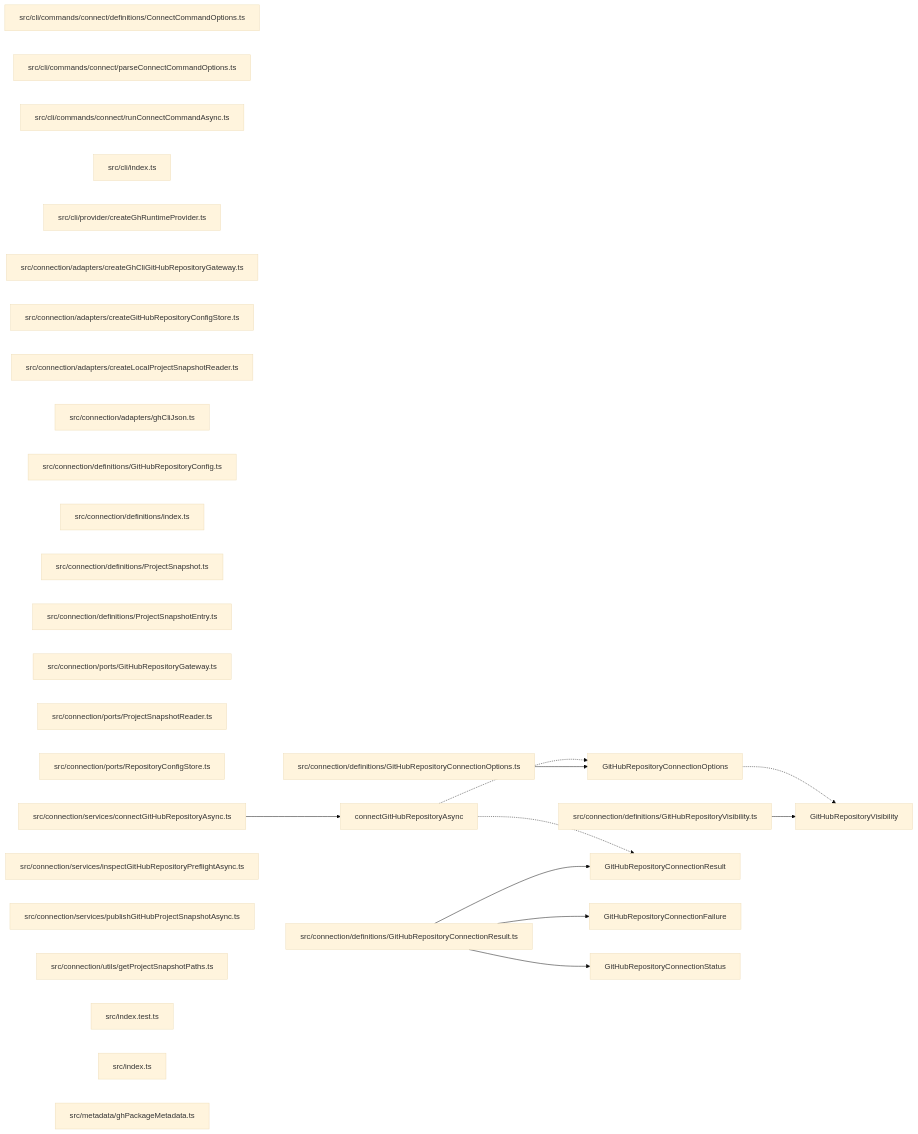
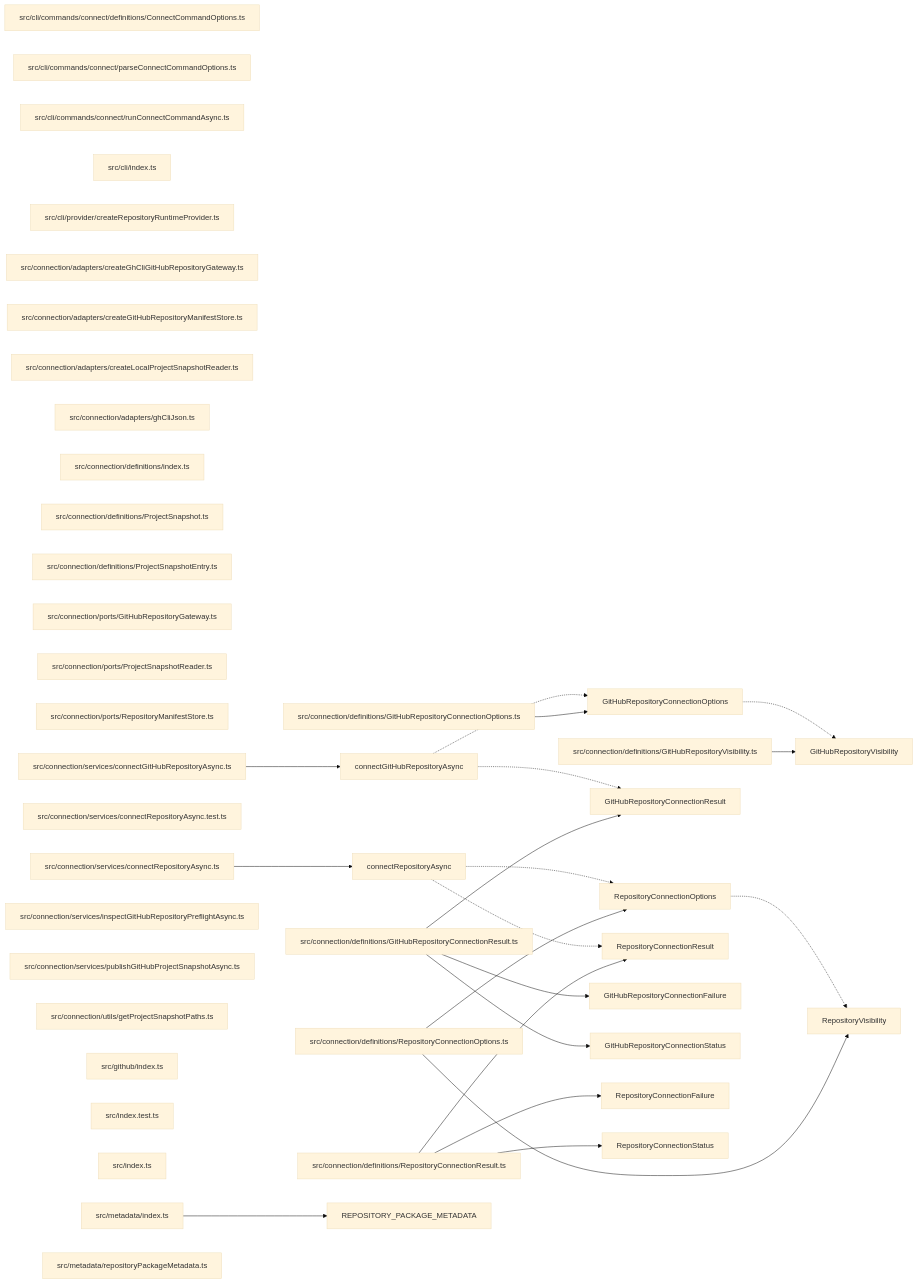
The diagram in paradox/diagrams/export-graph.mmd (ankhorage/gh), drawn with Mermaid (base theme) before and after one commit. The commit also changed 23 other files, not shown here.

Commit message:
chore: sync standalone repository package

```diff
--- a/paradox/diagrams/export-graph.mmd
+++ b/paradox/diagrams/export-graph.mmd
@@ -1,42 +1,64 @@
 graph LR
   module_src_cli_commands_connect_definitions_ConnectCommandOptions_ts["src/cli/commands/connect/definitions/ConnectCommandOptions.ts"]
   module_src_cli_commands_connect_parseConnectCommandOptions_ts["src/cli/commands/connect/parseConnectCommandOptions.ts"]
   module_src_cli_commands_connect_runConnectCommandAsync_ts["src/cli/commands/connect/runConnectCommandAsync.ts"]
   module_src_cli_index_ts["src/cli/index.ts"]
-  module_src_cli_provider_createGhRuntimeProvider_ts["src/cli/provider/createGhRuntimeProvider.ts"]
+  module_src_cli_provider_createRepositoryRuntimeProvider_ts["src/cli/provider/createRepositoryRuntimeProvider.ts"]
   module_src_connection_adapters_createGhCliGitHubRepositoryGateway_ts["src/connection/adapters/createGhCliGitHubRepositoryGateway.ts"]
-  module_src_connection_adapters_createGitHubRepositoryConfigStore_ts["src/connection/adapters/createGitHubRepositoryConfigStore.ts"]
+  module_src_connection_adapters_createGitHubRepositoryManifestStore_ts["src/connection/adapters/createGitHubRepositoryManifestStore.ts"]
   module_src_connection_adapters_createLocalProjectSnapshotReader_ts["src/connection/adapters/createLocalProjectSnapshotReader.ts"]
   module_src_connection_adapters_ghCliJson_ts["src/connection/adapters/ghCliJson.ts"]
-  module_src_connection_definitions_GitHubRepositoryConfig_ts["src/connection/definitions/GitHubRepositoryConfig.ts"]
   module_src_connection_definitions_GitHubRepositoryConnectionOptions_ts["src/connection/definitions/GitHubRepositoryConnectionOptions.ts"]
   module_src_connection_definitions_GitHubRepositoryConnectionResult_ts["src/connection/definitions/GitHubRepositoryConnectionResult.ts"]
   module_src_connection_definitions_GitHubRepositoryVisibility_ts["src/connection/definitions/GitHubRepositoryVisibility.ts"]
   module_src_connection_definitions_index_ts["src/connection/definitions/index.ts"]
   module_src_connection_definitions_ProjectSnapshot_ts["src/connection/definitions/ProjectSnapshot.ts"]
   module_src_connection_definitions_ProjectSnapshotEntry_ts["src/connection/definitions/ProjectSnapshotEntry.ts"]
+  module_src_connection_definitions_RepositoryConnectionOptions_ts["src/connection/definitions/RepositoryConnectionOptions.ts"]
+  module_src_connection_definitions_RepositoryConnectionResult_ts["src/connection/definitions/RepositoryConnectionResult.ts"]
   module_src_connection_ports_GitHubRepositoryGateway_ts["src/connection/ports/GitHubRepositoryGateway.ts"]
   module_src_connection_ports_ProjectSnapshotReader_ts["src/connection/ports/ProjectSnapshotReader.ts"]
-  module_src_connection_ports_RepositoryConfigStore_ts["src/connection/ports/RepositoryConfigStore.ts"]
+  module_src_connection_ports_RepositoryManifestStore_ts["src/connection/ports/RepositoryManifestStore.ts"]
   module_src_connection_services_connectGitHubRepositoryAsync_ts["src/connection/services/connectGitHubRepositoryAsync.ts"]
+  module_src_connection_services_connectRepositoryAsync_test_ts["src/connection/services/connectRepositoryAsync.test.ts"]
+  module_src_connection_services_connectRepositoryAsync_ts["src/connection/services/connectRepositoryAsync.ts"]
   module_src_connection_services_inspectGitHubRepositoryPreflightAsync_ts["src/connection/services/inspectGitHubRepositoryPreflightAsync.ts"]
   module_src_connection_services_publishGitHubProjectSnapshotAsync_ts["src/connection/services/publishGitHubProjectSnapshotAsync.ts"]
   module_src_connection_utils_getProjectSnapshotPaths_ts["src/connection/utils/getProjectSnapshotPaths.ts"]
+  module_src_github_index_ts["src/github/index.ts"]
   module_src_index_test_ts["src/index.test.ts"]
   module_src_index_ts["src/index.ts"]
-  module_src_metadata_ghPackageMetadata_ts["src/metadata/ghPackageMetadata.ts"]
+  module_src_metadata_index_ts["src/metadata/index.ts"]
+  module_src_metadata_repositoryPackageMetadata_ts["src/metadata/repositoryPackageMetadata.ts"]
   export_connectGitHubRepositoryAsync["connectGitHubRepositoryAsync"]
   module_src_connection_services_connectGitHubRepositoryAsync_ts --> export_connectGitHubRepositoryAsync
   export_connectGitHubRepositoryAsync -.-> export_GitHubRepositoryConnectionOptions
   export_connectGitHubRepositoryAsync -.-> export_GitHubRepositoryConnectionResult
+  export_connectRepositoryAsync["connectRepositoryAsync"]
+  module_src_connection_services_connectRepositoryAsync_ts --> export_connectRepositoryAsync
+  export_connectRepositoryAsync -.-> export_RepositoryConnectionOptions
+  export_connectRepositoryAsync -.-> export_RepositoryConnectionResult
   export_GitHubRepositoryConnectionFailure["GitHubRepositoryConnectionFailure"]
   module_src_connection_definitions_GitHubRepositoryConnectionResult_ts --> export_GitHubRepositoryConnectionFailure
   export_GitHubRepositoryConnectionOptions["GitHubRepositoryConnectionOptions"]
   module_src_connection_definitions_GitHubRepositoryConnectionOptions_ts --> export_GitHubRepositoryConnectionOptions
   export_GitHubRepositoryConnectionOptions -.-> export_GitHubRepositoryVisibility
   export_GitHubRepositoryConnectionResult["GitHubRepositoryConnectionResult"]
   module_src_connection_definitions_GitHubRepositoryConnectionResult_ts --> export_GitHubRepositoryConnectionResult
   export_GitHubRepositoryConnectionStatus["GitHubRepositoryConnectionStatus"]
   module_src_connection_definitions_GitHubRepositoryConnectionResult_ts --> export_GitHubRepositoryConnectionStatus
   export_GitHubRepositoryVisibility["GitHubRepositoryVisibility"]
   module_src_connection_definitions_GitHubRepositoryVisibility_ts --> export_GitHubRepositoryVisibility
+  export_REPOSITORY_PACKAGE_METADATA["REPOSITORY_PACKAGE_METADATA"]
+  module_src_metadata_index_ts --> export_REPOSITORY_PACKAGE_METADATA
+  export_RepositoryConnectionFailure["RepositoryConnectionFailure"]
+  module_src_connection_definitions_RepositoryConnectionResult_ts --> export_RepositoryConnectionFailure
+  export_RepositoryConnectionOptions["RepositoryConnectionOptions"]
+  module_src_connection_definitions_RepositoryConnectionOptions_ts --> export_RepositoryConnectionOptions
+  export_RepositoryConnectionOptions -.-> export_RepositoryVisibility
+  export_RepositoryConnectionResult["RepositoryConnectionResult"]
+  module_src_connection_definitions_RepositoryConnectionResult_ts --> export_RepositoryConnectionResult
+  export_RepositoryConnectionStatus["RepositoryConnectionStatus"]
+  module_src_connection_definitions_RepositoryConnectionResult_ts --> export_RepositoryConnectionStatus
+  export_RepositoryVisibility["RepositoryVisibility"]
+  module_src_connection_definitions_RepositoryConnectionOptions_ts --> export_RepositoryVisibility
```
